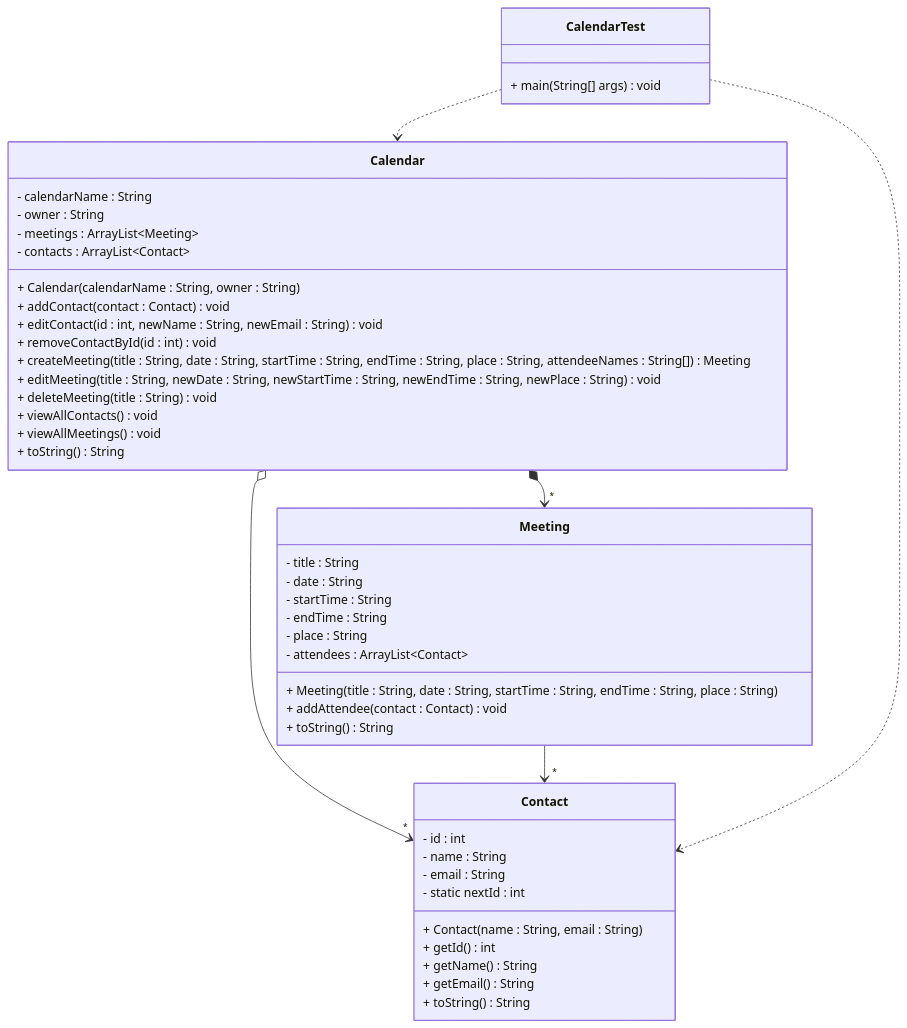
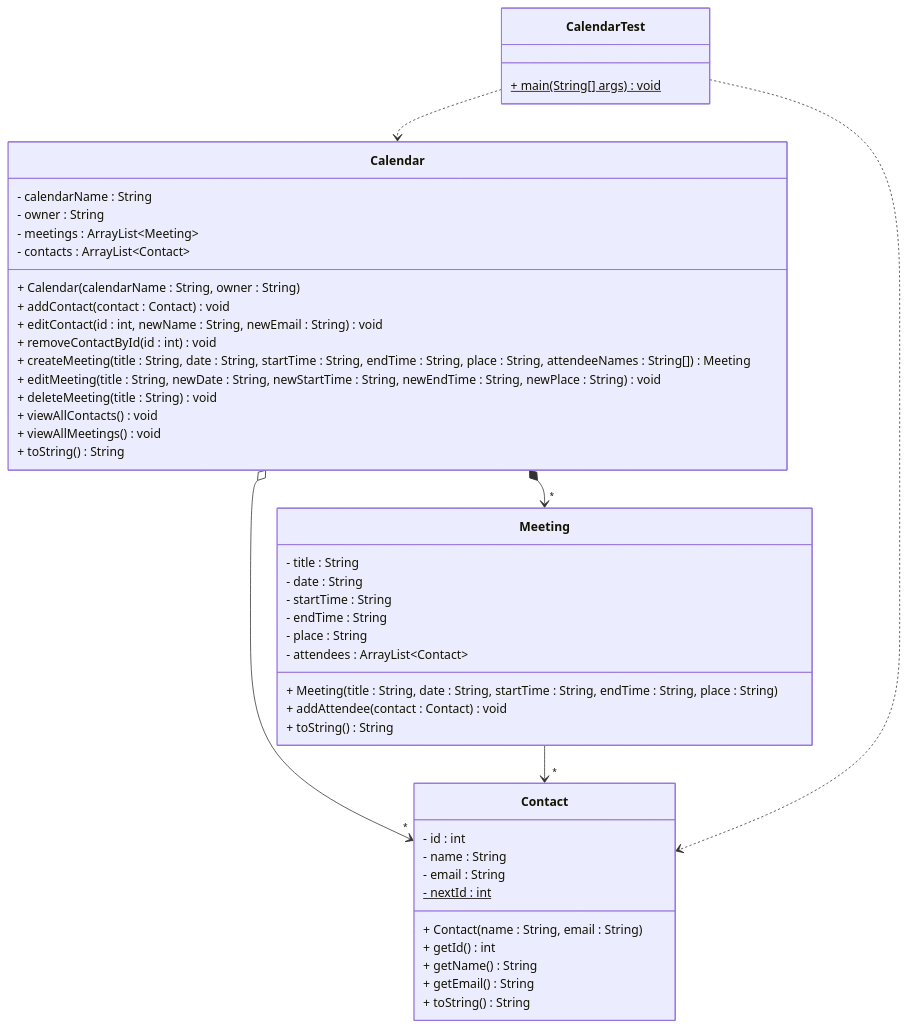
The diagram in Articles/Session 12 - One to Many/010 Exercise - Calendar.md (TroelsMortensen/Codelabs2), drawn with Mermaid before and after one commit. The commit also changed 6 other files, not shown here.

````diff
--- a/Articles/Session 12 - One to Many/010 Exercise - Calendar.md
+++ b/Articles/Session 12 - One to Many/010 Exercise - Calendar.md
@@ -28,53 +28,53 @@
 ```mermaid
 classDiagram
     class Calendar {
         - calendarName : String
         - owner : String
         - meetings : ArrayList~Meeting~
         - contacts : ArrayList~Contact~
         + Calendar(calendarName : String, owner : String)
         + addContact(contact : Contact) void
         + editContact(id : int, newName : String, newEmail : String) void
         + removeContactById(id : int) void
         + createMeeting(title : String, date : String, startTime : String, endTime : String, place : String, attendeeNames : String[]) Meeting
         + editMeeting(title : String, newDate : String, newStartTime : String, newEndTime : String, newPlace : String) void
         + deleteMeeting(title : String) void
         + viewAllContacts() void
         + viewAllMeetings() void
         + toString() String
     }
     
     class Meeting {
         - title : String
         - date : String
         - startTime : String
         - endTime : String
         - place : String
         - attendees : ArrayList~Contact~
         + Meeting(title : String, date : String, startTime : String, endTime : String, place : String)
         + addAttendee(contact : Contact) void
         + toString() String
     }
     
     class Contact {
         - id : int
         - name : String
         - email : String
-        - static nextId : int
+        - nextId : int$
         + Contact(name : String, email : String)
         + getId() int
         + getName() String
         + getEmail() String
         + toString() String
     }
     
     class CalendarTest {
-        + main(String[] args) void
+        + main(String[] args) void$
     }
     
     Calendar *--> "*" Meeting
     Calendar o--> "*" Contact
     Meeting --> "*" Contact
     CalendarTest ..> Calendar
     CalendarTest ..> Contact
 ```
````
